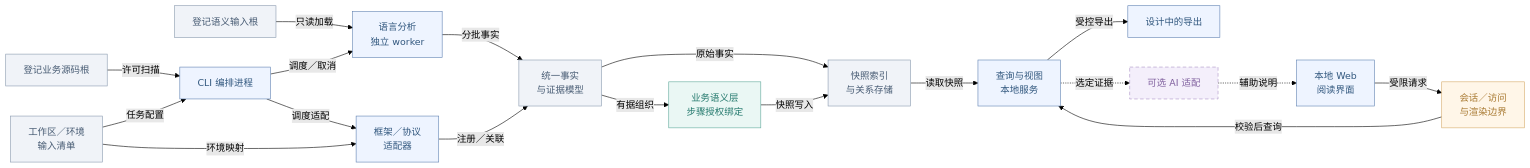
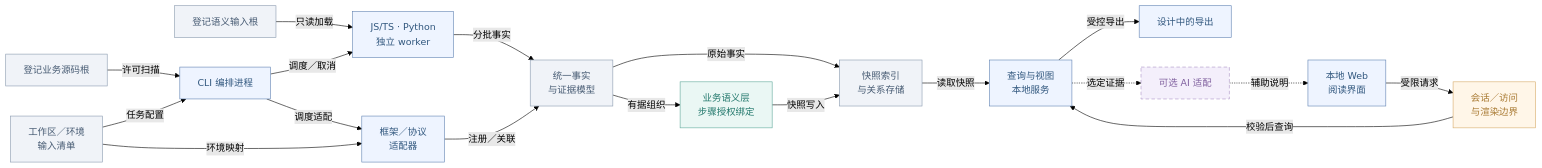
One commit to xjq11029/CodeCartia changed the diagram in docs/diagrams/sources/architecture.mmd. Above: the diagram before and after it, drawn with Mermaid (forest theme). The commit also changed 189 other files, not shown here.

```diff
--- a/docs/diagrams/sources/architecture.mmd
+++ b/docs/diagrams/sources/architecture.mmd
@@ -1,38 +1,38 @@
 flowchart LR
-  %% 设计图解；未实现。箭头含义见本图说明。
+  %% 设计图解；未实现。初版验证 JS/TS、Python，Java/C#/C/C++ 后续验证。箭头含义见本图说明。
   business_roots["登记业务源码根"]:::data
   semantic_roots["登记语义输入根"]:::data
   workspace_config["工作区／环境<br/>输入清单"]:::data
   cli["CLI 编排进程"]:::core
-  workers["语言分析<br/>独立 worker"]:::core
+  workers["JS/TS · Python<br/>独立 worker"]:::core
   adapters["框架／协议<br/>适配器"]:::core
   ai["可选 AI 适配"]:::optional
   facts["统一事实<br/>与证据模型"]:::data
   business_layer["业务语义层<br/>步骤授权绑定"]:::business
   store["快照索引<br/>与关系存储"]:::data
   web["本地 Web<br/>阅读界面"]:::core
   session["会话／访问<br/>与渲染边界"]:::warning
   export["设计中的导出"]:::core
   query["查询与视图<br/>本地服务"]:::core
   business_roots -- "许可扫描" --> cli
   semantic_roots -- "只读加载" --> workers
   workspace_config -- "任务配置" --> cli
   workspace_config -- "环境映射" --> adapters
   cli -- "调度／取消" --> workers
   cli -- "调度适配" --> adapters
   workers -- "分批事实" --> facts
   adapters -- "注册／关联" --> facts
   facts -- "原始事实" --> store
   facts -- "有据组织" --> business_layer
   business_layer -- "快照写入" --> store
   store -- "读取快照" --> query
   web -- "受限请求" --> session
   session -- "校验后查询" --> query
   query -- "受控导出" --> export
   query -. "选定证据" .-> ai
   ai -. "辅助说明" .-> web
   classDef core fill:#eef4ff,stroke:#6082b2,color:#31577e
   classDef data fill:#f0f3f8,stroke:#8a9aaf,color:#475b73
   classDef business fill:#eaf7f4,stroke:#60a99b,color:#24796d
   classDef optional fill:#f4effb,stroke:#ac93c5,color:#80619f,stroke-dasharray:6 4
   classDef warning fill:#fff6e8,stroke:#d6ab6a,color:#a87931
```
